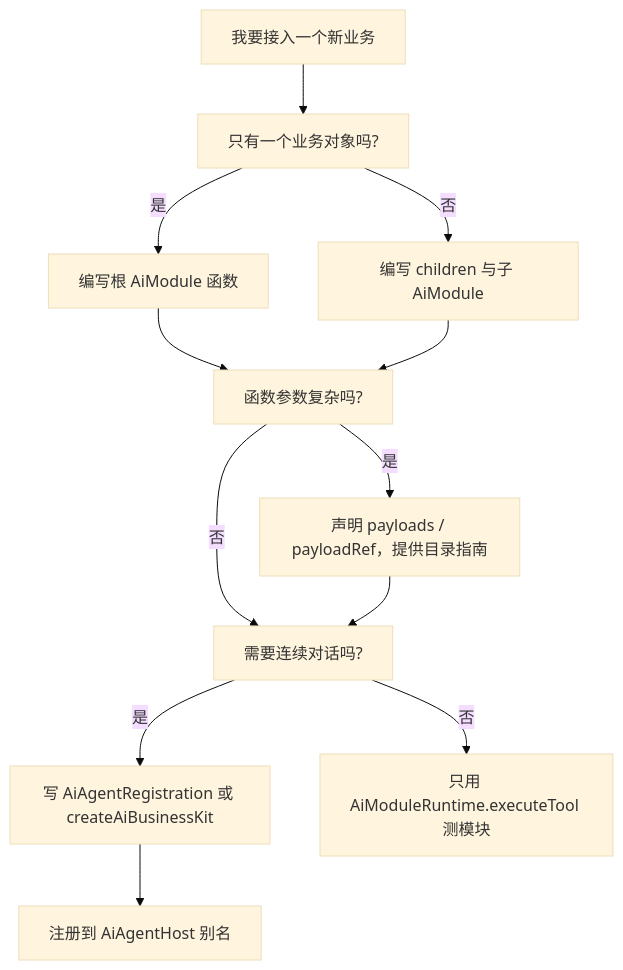
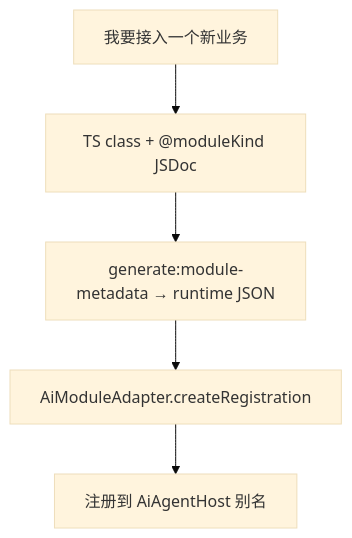
The fifth of 5 diagrams in docs/ai/spark-ai-complete-guide.md (LMSpark/spark-view-vue), drawn with Mermaid (base theme) before and after one commit. The commit also changed other lines of this file and 51 other files, not shown here.

````diff
--- a/docs/ai/spark-ai-complete-guide.md
+++ b/docs/ai/spark-ai-complete-guide.md
@@ -1311,14 +1322,7 @@
 ```mermaid
 flowchart TD
-  Start["我要接入一个新业务"] --> One["只有一个业务对象吗?"]
-  One -- "是" --> RootFn["编写根 AiModule 函数"]
-  One -- "否" --> Child["编写 children 与子 AiModule"]
-  RootFn --> Complex["函数参数复杂吗?"]
-  Child --> Complex
-  Complex -- "是" --> Payload["声明 payloads / payloadRef，提供目录指南"]
-  Complex -- "否" --> Agent["需要连续对话吗?"]
-  Payload --> Agent
-  Agent -- "是" --> Registration["写 AiAgentRegistration 或 createAiBusinessKit"]
-  Agent -- "否" --> RuntimeOnly["只用 AiModuleRuntime.executeTool 测模块"]
-  Registration --> Host["注册到 AiAgentHost 别名"]
+  Start["我要接入一个新业务"] --> VCM["TS class + @moduleKind JSDoc"]
+  VCM --> Gen["generate:module-metadata → runtime JSON"]
+  Gen --> Adapter["AiModuleAdapter.createRegistration"]
+  Adapter --> Host["注册到 AiAgentHost 别名"]
 ```
````
